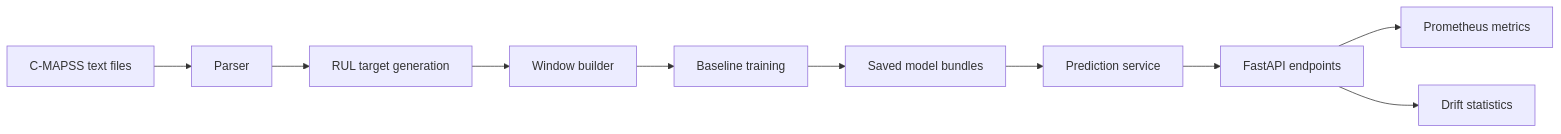
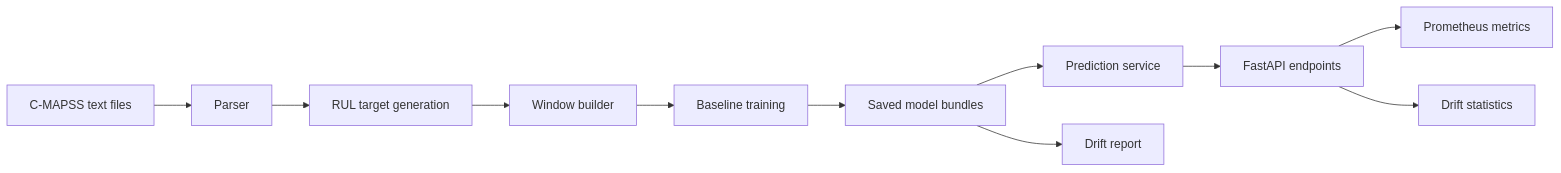
The diagram in docs/architecture.md (AmmarHafeez/industrial-maintenance-mlops), drawn with Mermaid before and after one commit. The commit also changed other lines of this file and 5 other files, not shown here.

Commit message:
Add drift report workflow

````diff
--- a/docs/architecture.md
+++ b/docs/architecture.md
@@ -7,12 +7,13 @@
 ```mermaid
 flowchart LR
     A["C-MAPSS text files"] --> B["Parser"]
     B --> C["RUL target generation"]
     C --> D["Window builder"]
     D --> E["Baseline training"]
     E --> F["Saved model bundles"]
     F --> G["Prediction service"]
     G --> H["FastAPI endpoints"]
     H --> I["Prometheus metrics"]
     H --> J["Drift statistics"]
+    F --> K["Drift report"]
 ```
````
